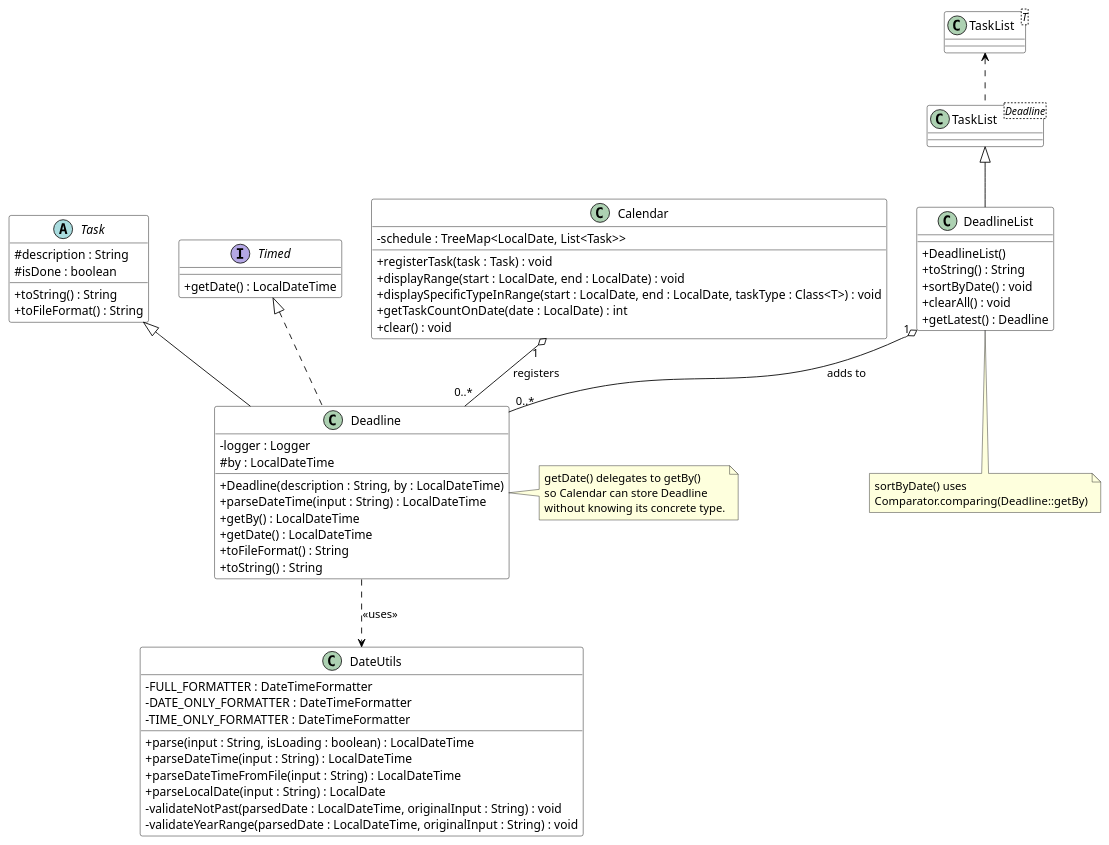
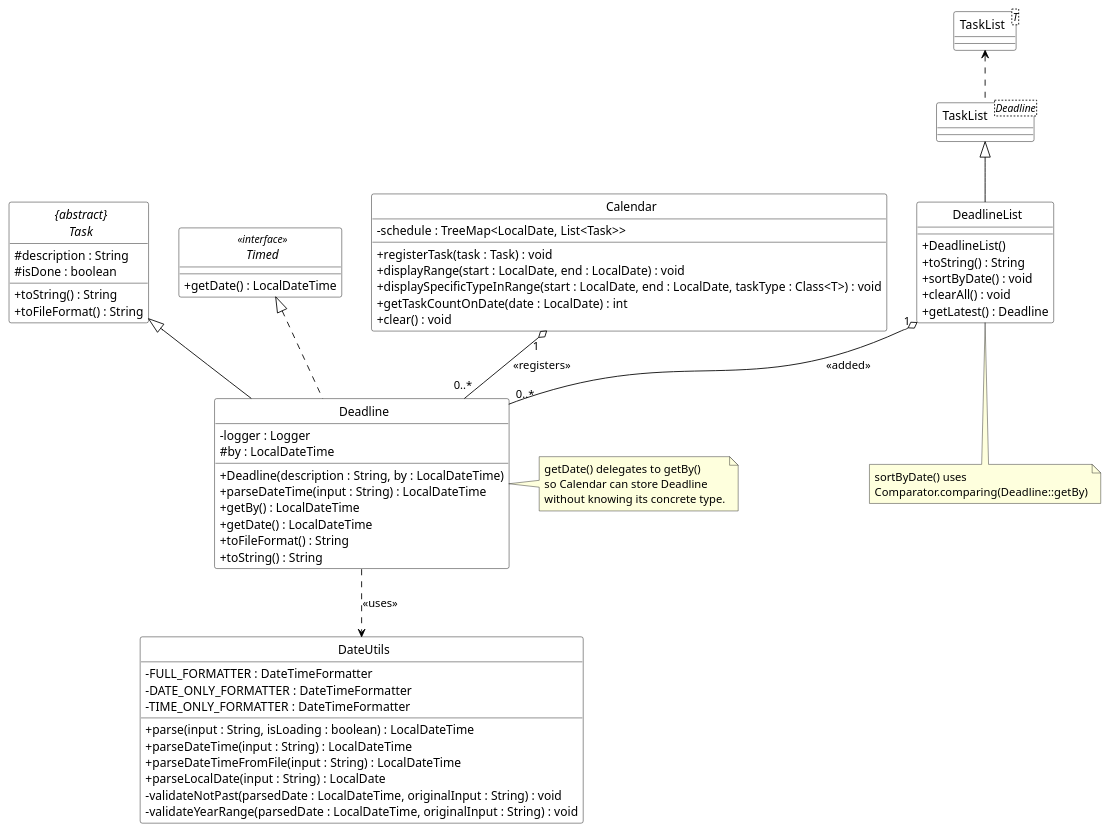
Before and after one commit to AY2526S2-CS2113-T14-3/tp: the diagram in docs/puml/DeadlineClassDiagram.puml, drawn with PlantUML.

Commit message:
Updated deadline class diagram to not show letters for class, interface, abstract

```diff
--- a/docs/puml/DeadlineClassDiagram.puml
+++ b/docs/puml/DeadlineClassDiagram.puml
@@ -1,87 +1,88 @@
 @startuml DeadlineClassDiagram
-
 skinparam classAttributeIconSize 0
+skinparam CircledCharacterFontSize 0
+skinparam CircledCharacterRadius 0
 skinparam class {
     BackgroundColor White
     BorderColor Black
     ArrowColor Black
 }
 
-interface Timed {
+interface Timed <<interface>> {
     + getDate() : LocalDateTime
 }
 
-abstract class Task {
+abstract class "{abstract}\nTask" as Task{
     # description : String
     # isDone : boolean
     + toString() : String
     + toFileFormat() : String
 }
 
 class Deadline {
     - logger : Logger
     # by : LocalDateTime
     + Deadline(description : String, by : LocalDateTime)
     + parseDateTime(input : String) : LocalDateTime
     + getBy() : LocalDateTime
     + getDate() : LocalDateTime
     + toFileFormat() : String
     + toString() : String
 }
 
 class DeadlineList {
     + DeadlineList()
     + toString() : String
     + sortByDate() : void
     + clearAll() : void
     + getLatest() : Deadline
 }
 
 class "TaskList<T>" as TaskListT {
 }
 
 class "TaskList<Deadline>" as TaskListDeadline {
 }
 
 
 class DateUtils {
     - FULL_FORMATTER : DateTimeFormatter
     - DATE_ONLY_FORMATTER : DateTimeFormatter
     - TIME_ONLY_FORMATTER : DateTimeFormatter
     + parse(input : String, isLoading : boolean) : LocalDateTime
     + parseDateTime(input : String) : LocalDateTime
     + parseDateTimeFromFile(input : String) : LocalDateTime
     + parseLocalDate(input : String) : LocalDate
     - validateNotPast(parsedDate : LocalDateTime, originalInput : String) : void
     - validateYearRange(parsedDate : LocalDateTime, originalInput : String) : void
 }
 
 class Calendar {
     - schedule : TreeMap<LocalDate, List<Task>>
     + registerTask(task : Task) : void
     + displayRange(start : LocalDate, end : LocalDate) : void
     + displaySpecificTypeInRange(start : LocalDate, end : LocalDate, taskType : Class<T>) : void
     + getTaskCountOnDate(date : LocalDate) : int
     + clear() : void
 }
 
 Task <|-- Deadline
 Timed <|.. Deadline
 TaskListT <.. TaskListDeadline
 TaskListDeadline <|-- DeadlineList
-DeadlineList "1" o-- "0..*" Deadline : adds to
+DeadlineList "1" o-- "0..*" Deadline : <<added>>
 Deadline ..> DateUtils : <<uses>>
-Calendar "1" o-- "0..*" Deadline : registers
+Calendar "1" o-- "0..*" Deadline : <<registers>>
 
 note right of Deadline
   getDate() delegates to getBy()
   so Calendar can store Deadline
   without knowing its concrete type.
 end note
 
 note bottom of DeadlineList
   sortByDate() uses
   Comparator.comparing(Deadline::getBy)
 end note
 
 @enduml
```
